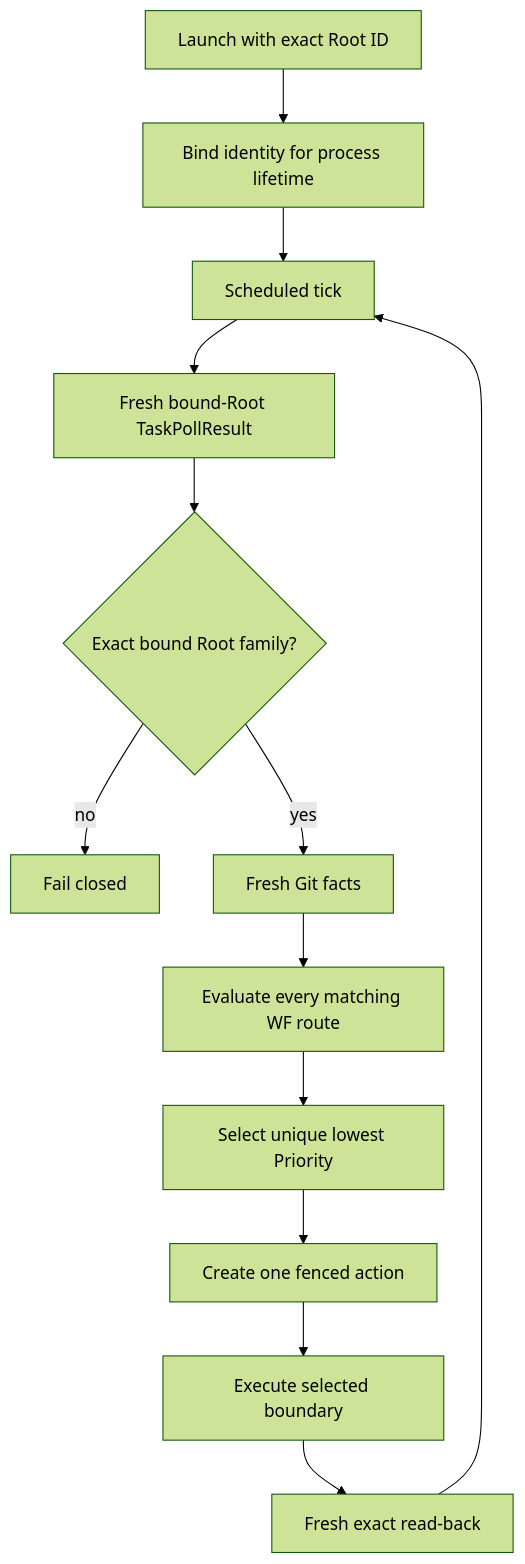
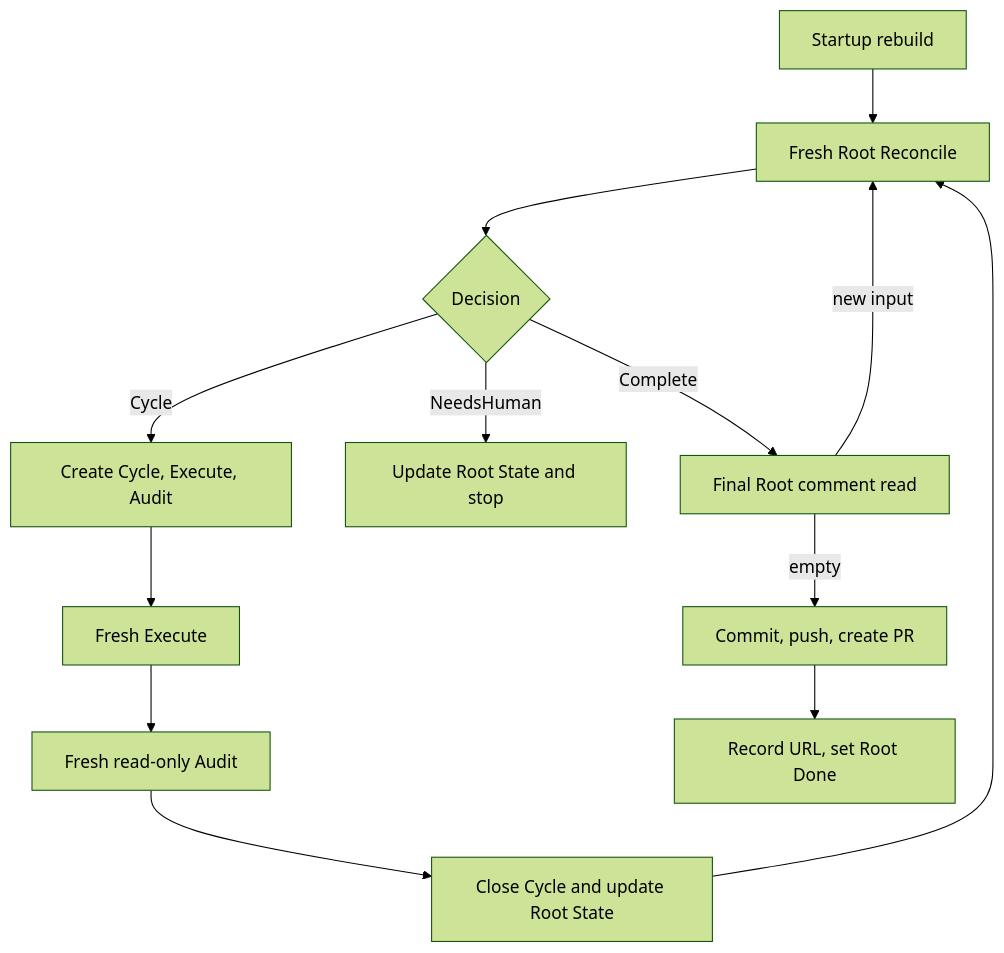
Before and after one commit to hallucination-studio/symphony: the diagram in docs/architecture/conductor.md, drawn with Mermaid (forest theme). The commit also changed other lines of this file and 54 other files, not shown here.

Commit message:
chore: checkpoint serial-cycle architecture baseline

````diff
--- a/docs/architecture/conductor.md
+++ b/docs/architecture/conductor.md
@@ -9,20 +88,16 @@
 ```mermaid
-%% source-rules: WF-AUTH-003 WF-AUTH-004 WF-AUTH-005 WF-AUTH-006 WF-AUTH-008
-%% source-rules: WF-ROUTE-001 WF-ROUTE-002 WF-ROUTE-003 WF-ROUTE-004 WF-ROUTE-005 WF-ROUTE-006
-%% source-rules: WF-ROUTE-007 WF-ROUTE-008 WF-ROUTE-009 WF-ROUTE-010 WF-ROUTE-011 WF-ROUTE-012
-%% source-rules: WF-ROUTE-013 WF-ROUTE-014 WF-ROUTE-015 WF-ROUTE-016 WF-ROUTE-017 WF-ROUTE-018
-%% source-rules: CO-LOOP-001 CO-LOOP-002 CO-LOOP-003 CO-LOOP-004 CO-LOOP-005 CO-LOOP-006 CO-LOOP-007
+%% source-rules: WF-ROUTE-001 WF-ROUTE-002 WF-ROUTE-003 WF-ROUTE-004 WF-ROUTE-005 WF-ROUTE-006 WF-ROUTE-007 WF-ROUTE-008
 flowchart TD
-  Start[Launch with exact Root ID] --> Bind[Bind identity for process lifetime]
-  Bind --> Tick[Scheduled tick]
-  Tick --> Poll[Fresh bound-Root TaskPollResult]
-  Poll --> Identity{Exact bound Root family?}
-  Identity -->|no| Fail[Fail closed]
-  Identity -->|yes| Git[Fresh Git facts]
-  Git --> Route[Evaluate every matching WF route]
-  Route --> Rank[Select unique lowest Priority]
-  Rank --> Fence[Create one fenced action]
-  Fence --> Execute[Execute selected boundary]
-  Execute --> Readback[Fresh exact read-back]
-  Readback --> Tick
+  Start[Startup rebuild] --> Reconcile[Fresh Root Reconcile]
+  Reconcile --> Decision{Decision}
+  Decision -->|Cycle| Create[Create Cycle, Execute, Audit]
+  Create --> Execute[Fresh Execute]
+  Execute --> Audit[Fresh read-only Audit]
+  Audit --> Close[Close Cycle and update Root State]
+  Close --> Reconcile
+  Decision -->|NeedsHuman| Stop[Update Root State and stop]
+  Decision -->|Complete| Inbox[Final Root comment read]
+  Inbox -->|new input| Reconcile
+  Inbox -->|empty| PR[Commit, push, create PR]
+  PR --> Done[Record URL, set Root Done]
 ```
````
